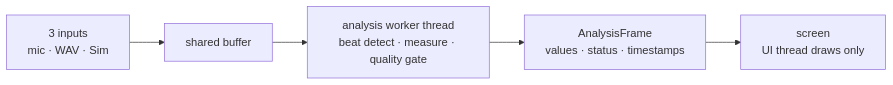
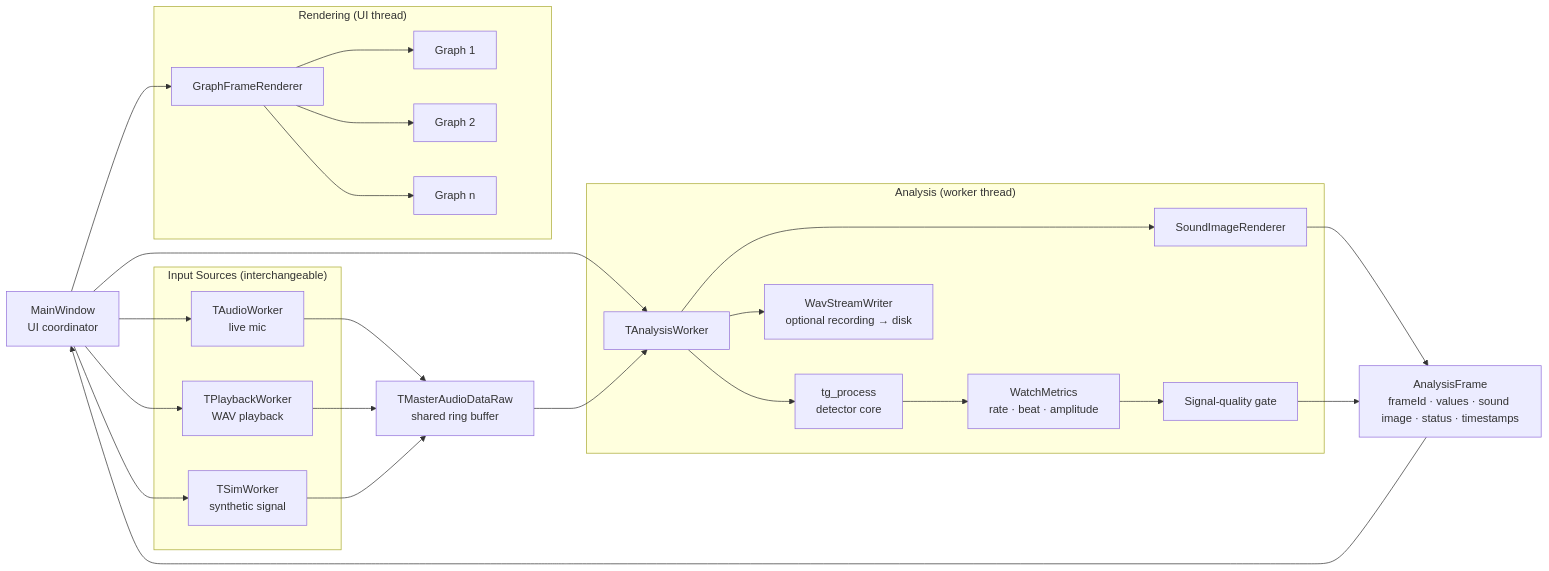
Before and after one commit to lgcmu2026-team5/TimeGrapher-Docs: the diagram in Milestone1/Presentation/en/Milestone1_5-Architectural-Approaches.md, drawn with Mermaid. The commit also changed 1 other file, not shown here.

Commit message:
Use the detailed component diagram in Milestone 1-5 (en/ko)

````diff
--- a/Milestone1/Presentation/en/Milestone1_5-Architectural-Approaches.md
+++ b/Milestone1/Presentation/en/Milestone1_5-Architectural-Approaches.md
@@ -9,7 +9,54 @@
 ```mermaid
 flowchart LR
-    IN[3 inputs<br/>mic · WAV · Sim] --> BUF[shared buffer]
-    BUF --> AN[analysis worker thread<br/>beat detect · measure · quality gate]
-    AN --> FR[AnalysisFrame<br/>values · status · timestamps]
-    FR --> UI[screen<br/>UI thread draws only]
+    MW[MainWindow<br/>UI coordinator]
+
+    subgraph Input["Input Sources (interchangeable)"]
+        AW[TAudioWorker<br/>live mic]
+        PW[TPlaybackWorker<br/>WAV playback]
+        SW[TSimWorker<br/>synthetic signal]
+    end
+
+    BUF[TMasterAudioDataRaw<br/>shared ring buffer]
+
+    subgraph Analysis["Analysis (worker thread)"]
+        AN[TAnalysisWorker]
+        TG[tg_process<br/>detector core]
+        WM[WatchMetrics<br/>rate · beat · amplitude]
+        QG[Signal-quality gate]
+        SR[SoundImageRenderer]
+        WAV[WavStreamWriter<br/>optional recording → disk]
+    end
+
+    DTO[AnalysisFrame<br/>frameId · values · sound image · status · timestamps]
+
+    subgraph Render["Rendering (UI thread)"]
+        GR[GraphFrameRenderer]
+        G1[Graph 1]
+        G2[Graph 2]
+        GN[Graph n]
+    end
+
+    AW --> BUF
+    PW --> BUF
+    SW --> BUF
+
+    MW --> AW
+    MW --> PW
+    MW --> SW
+    MW --> AN
+
+    BUF --> AN
+    AN --> TG
+    TG --> WM
+    WM --> QG
+    AN --> SR
+    SR --> DTO
+    AN --> WAV
+    QG --> DTO
+
+    DTO --> MW
+    MW --> GR
+    GR --> G1
+    GR --> G2
+    GR --> GN
 ```
````
